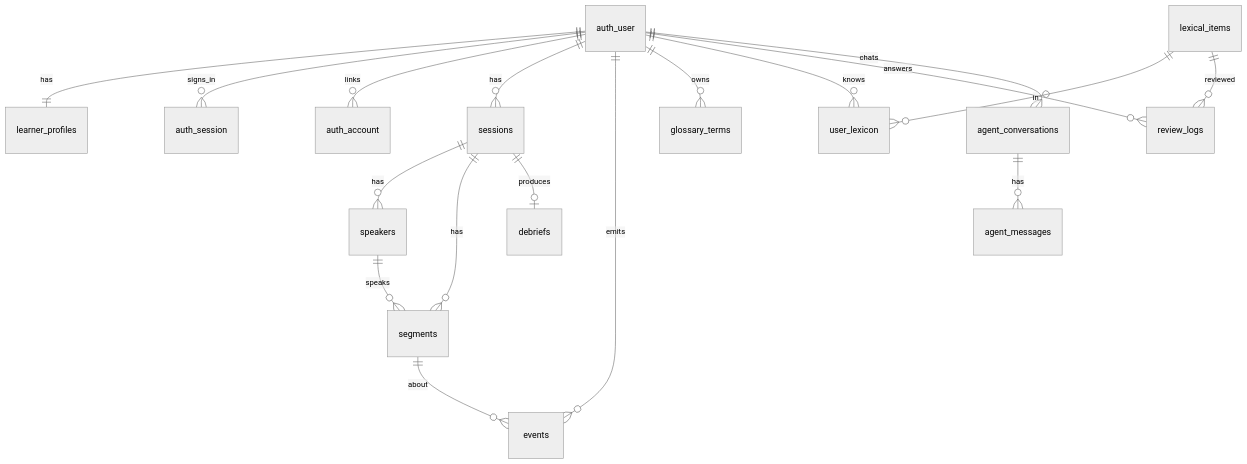
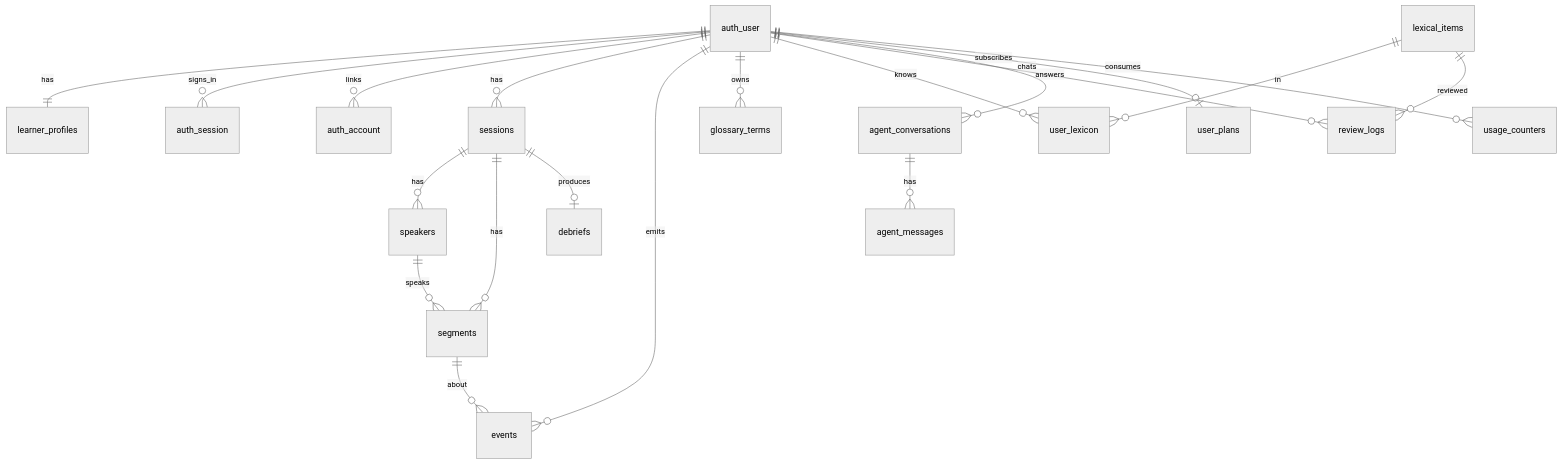
The diagram in apps/docs/docs/03-architecture/07-data-model.md (nguyendinhphongdx/CueLingo), drawn with Mermaid (neutral theme) before and after one commit. The commit also changed other lines of this file and 3 other files, not shown here.

````diff
--- a/apps/docs/docs/03-architecture/07-data-model.md
+++ b/apps/docs/docs/03-architecture/07-data-model.md
@@ -5,20 +5,22 @@
 ```mermaid
 erDiagram
   auth_user ||--|| learner_profiles : has
   auth_user ||--o{ auth_session : signs_in
   auth_user ||--o{ auth_account : links
   auth_user ||--o{ sessions : has
   auth_user ||--o{ events : emits
   auth_user ||--o{ glossary_terms : owns
   auth_user ||--o{ user_lexicon : knows
   auth_user ||--o{ review_logs : answers
   auth_user ||--o{ agent_conversations : chats
+  auth_user ||--o| user_plans : subscribes
+  auth_user ||--o{ usage_counters : consumes
   agent_conversations ||--o{ agent_messages : has
   sessions ||--o{ speakers : has
   sessions ||--o{ segments : has
   sessions ||--o| debriefs : produces
   speakers ||--o{ segments : speaks
   lexical_items ||--o{ user_lexicon : in
   lexical_items ||--o{ review_logs : reviewed
   segments ||--o{ events : about
 ```
````
